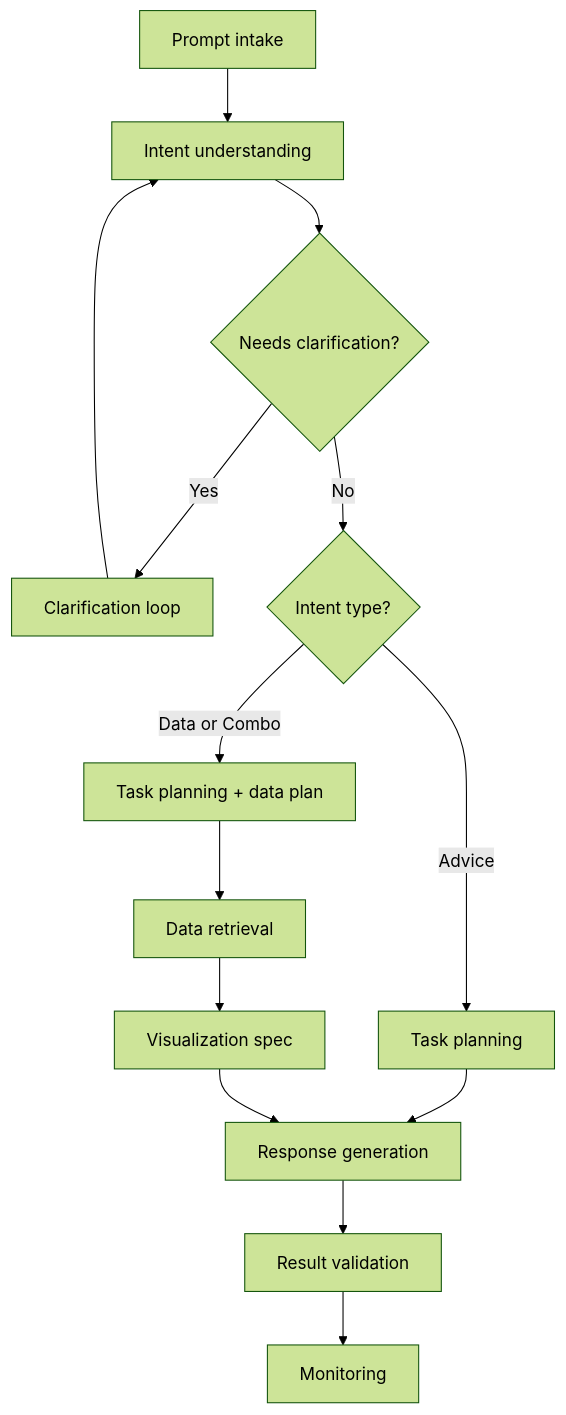
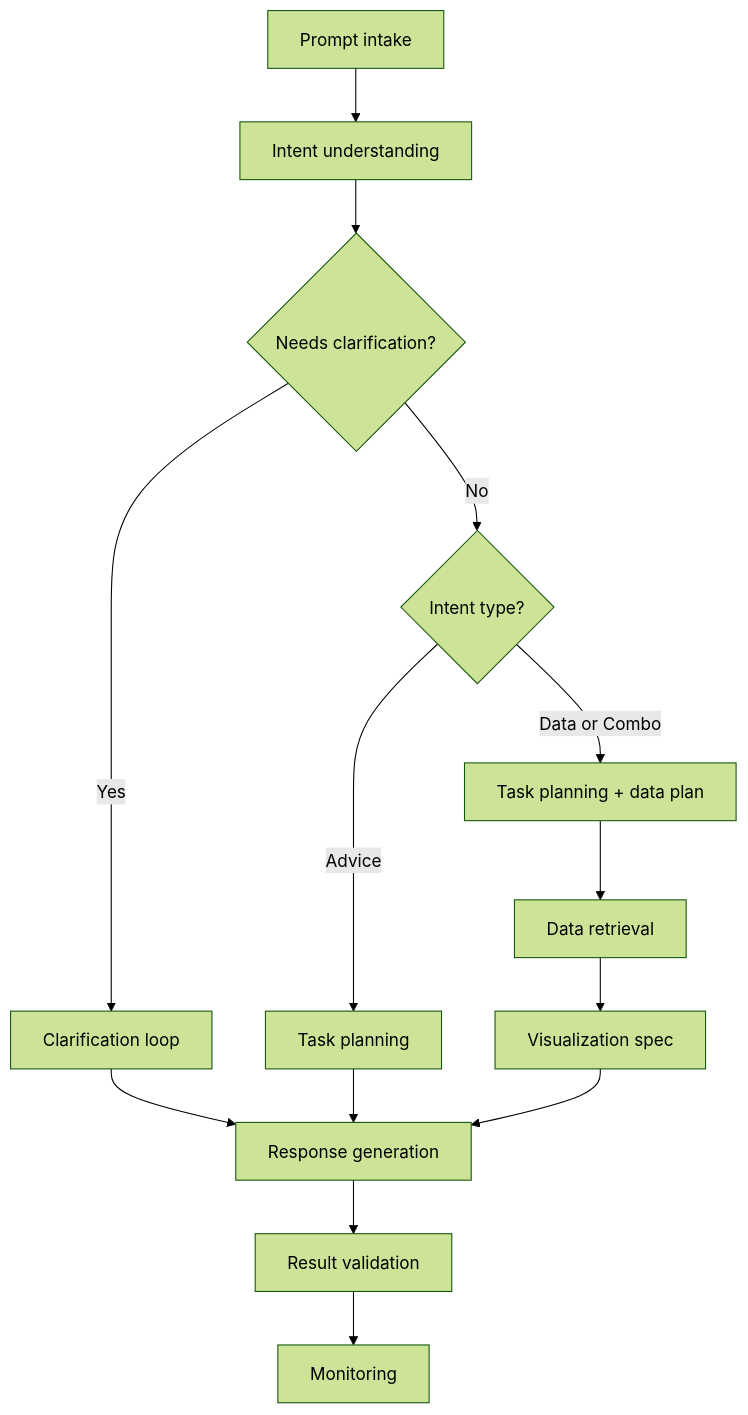
One commit to benjyongzh/llm-data-analyst changed the third of 4 diagrams in README.md. Above: the diagram before and after it, drawn with Mermaid (forest theme). The commit also changed other lines of this file and 1 other file, not shown here.

Commit message:
Route clarifications to response generation

````diff
--- a/README.md
+++ b/README.md
@@ -208,16 +209,16 @@
 ```mermaid
 flowchart TD
     A[Prompt intake] --> B[Intent understanding]
     B --> C{Needs clarification?}
     C -->|Yes| D[Clarification loop]
-    D --> B
+    D --> H[Response generation]
     C -->|No| E{Intent type?}
     E -->|Advice| F[Task planning]
     E -->|Data or Combo| G[Task planning + data plan]
     F --> H[Response generation]
     G --> I[Data retrieval]
     I --> J[Visualization spec]
     J --> H
     H --> K[Result validation]
     K --> L[Monitoring]
 ```
````
